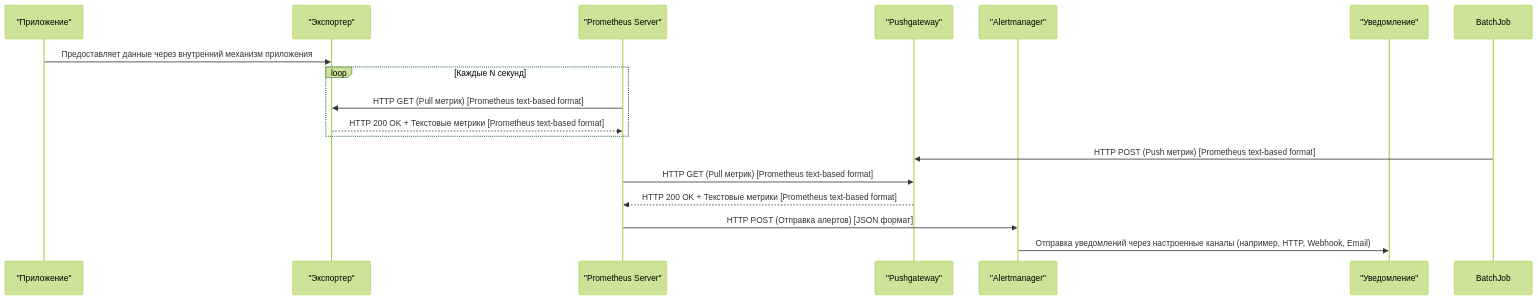
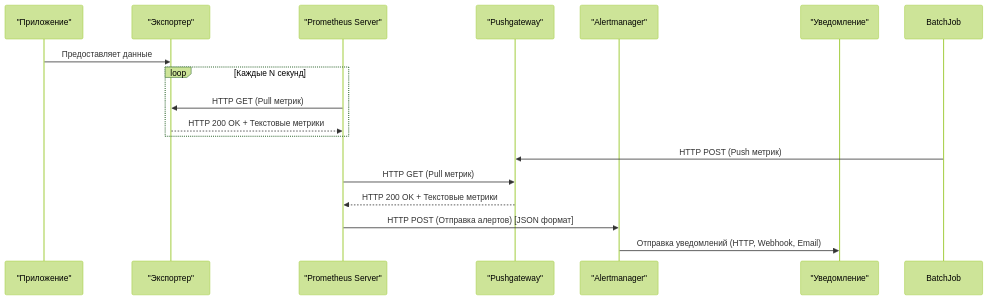
One commit to lamjob1993/linux-monitoring changed the second of 2 diagrams in prometheus/beginning/1. Введение (Основы Prometheus).md. Above: the diagram before and after it, drawn with Mermaid (forest theme).

Commit message:
Update 1. Введение (Основы Prometheus).md

````diff
--- a/prometheus/beginning/1. Введение (Основы Prometheus).md
+++ b/prometheus/beginning/1. Введение (Основы Prometheus).md
@@ -146,23 +146,23 @@
 ```mermaid
 sequenceDiagram
     participant App as "Приложение"
     participant Exporter as "Экспортер"
     participant Prometheus as "Prometheus Server"
     participant Pushgateway as "Pushgateway"
     participant Alertmanager as "Alertmanager"
     participant Notification as "Уведомление"
 
-    App->>Exporter: Предоставляет данные через внутренний механизм приложения
+    App->>Exporter: Предоставляет данные
     
     loop Каждые N секунд
-        Prometheus->>Exporter: HTTP GET (Pull метрик) [Prometheus text-based format]
-        Exporter-->>Prometheus: HTTP 200 OK + Текстовые метрики [Prometheus text-based format]
+        Prometheus->>Exporter: HTTP GET (Pull метрик)
+        Exporter-->>Prometheus: HTTP 200 OK + Текстовые метрики
     end
     
-    BatchJob->>Pushgateway: HTTP POST (Push метрик) [Prometheus text-based format]
-    Prometheus->>Pushgateway: HTTP GET (Pull метрик) [Prometheus text-based format]
-    Pushgateway-->>Prometheus: HTTP 200 OK + Текстовые метрики [Prometheus text-based format]
+    BatchJob->>Pushgateway: HTTP POST (Push метрик)
+    Prometheus->>Pushgateway: HTTP GET (Pull метрик)
+    Pushgateway-->>Prometheus: HTTP 200 OK + Текстовые метрики
     
     Prometheus->>Alertmanager: HTTP POST (Отправка алертов) [JSON формат]
-    Alertmanager->>Notification: Отправка уведомлений через настроенные каналы (например, HTTP, Webhook, Email)
+    Alertmanager->>Notification: Отправка уведомлений (HTTP, Webhook, Email)
 ```
````
